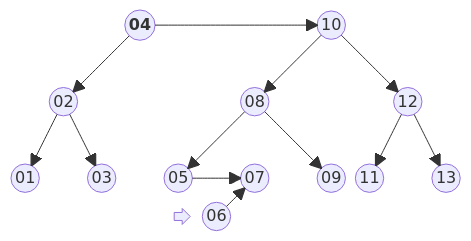
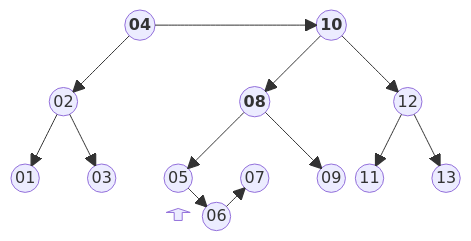
One commit to BenhurUFSM/l226b changed the eighth of 9 diagrams in Assuntos/arvore-aa.md. Above: the diagram before and after it, drawn with Mermaid. The commit also changed other lines of this file, not shown here.

````diff
--- a/Assuntos/arvore-aa.md
+++ b/Assuntos/arvore-aa.md
@@ -233,22 +254,22 @@
 ```mermaid
 block
 columns 12
-space:3 r(("<b>04</b>")) space:4 d(("10")) space:3
+space:3 r(("<b>04</b>")) space:4 d(("<b>10</b>")) space:3
 space:12
-space e(("02")) space:4 de(("08")) space:3 dd(("12")) space
+space e(("02")) space:4 de(("<b>08</b>")) space:3 dd(("12")) space
 space:12
 ee(("01")) space ed(("03")) space dee(("05")) space deedd(("07")) space ded(("09")) dde(("11")) space ddd(("13"))
-space:4 f<[" "]>(right) deed(("06")) space:6
+space:4 f<[" "]>(up) deed(("06")) space:6
 r-->e
 r-->d
 e-->ee
 e-->ed
 d-->de
 d-->dd
 de-->dee
 de-->ded
-dee-->deedd
+dee-->deed
 dd-->dde
 dd-->ddd
 deed-->deedd
 ```
````
